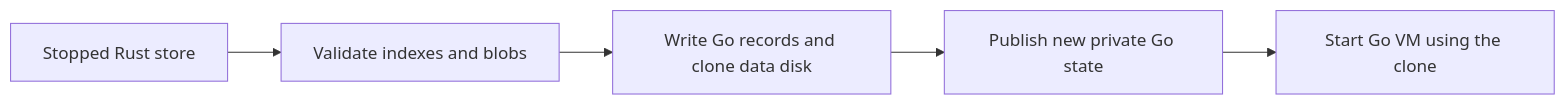
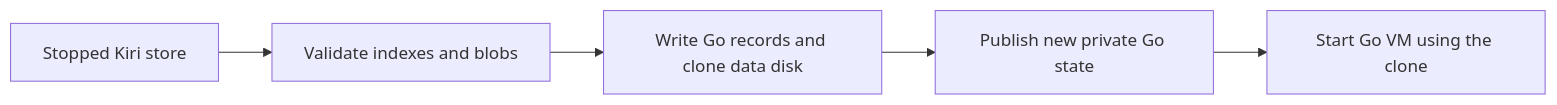
One commit to OpenFabrica/Fabo changed the fourth of 43 diagrams in docs/desktop-overview.md. Above: the diagram before and after it, drawn with Mermaid. The commit also changed other lines of this file and 473 other files, not shown here.

````diff
--- a/docs/desktop-overview.md
+++ b/docs/desktop-overview.md
@@ -260,7 +261,7 @@
 ```mermaid
 flowchart LR
-    Rust[Stopped Rust store] --> Validate[Validate indexes and blobs]
+    Kiri[Stopped Kiri store] --> Validate[Validate indexes and blobs]
     Validate --> Stage[Write Go records and clone data disk]
     Stage --> Publish[Publish new private Go state]
     Publish --> Start[Start Go VM using the clone]
 ```
````
